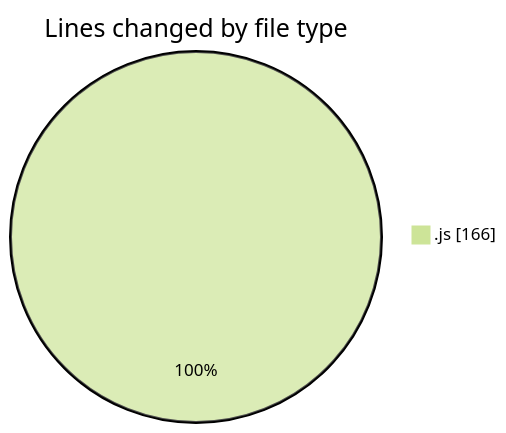
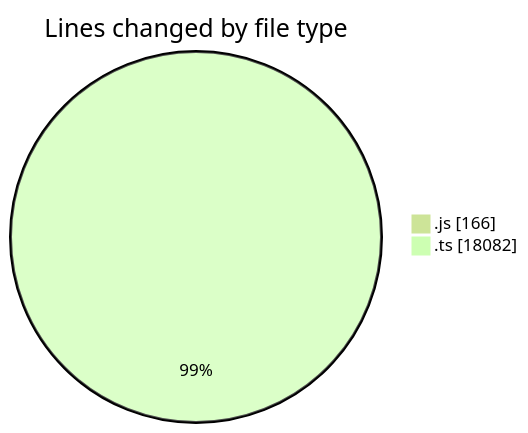
One commit to momahboobian/code-tracking changed the first of 2 diagrams in 2026-08-21/cda/README.md. Above: the diagram before and after it, drawn with Mermaid (forest theme). The commit also changed other lines of this file and 1 other file, not shown here.

````diff
--- a/2026-08-21/cda/README.md
+++ b/2026-08-21/cda/README.md
@@ -24,5 +27,6 @@
 ```mermaid
 pie showData
 title Lines changed by file type
 ".js" : 166
+".ts" : 18082
 ```
````
